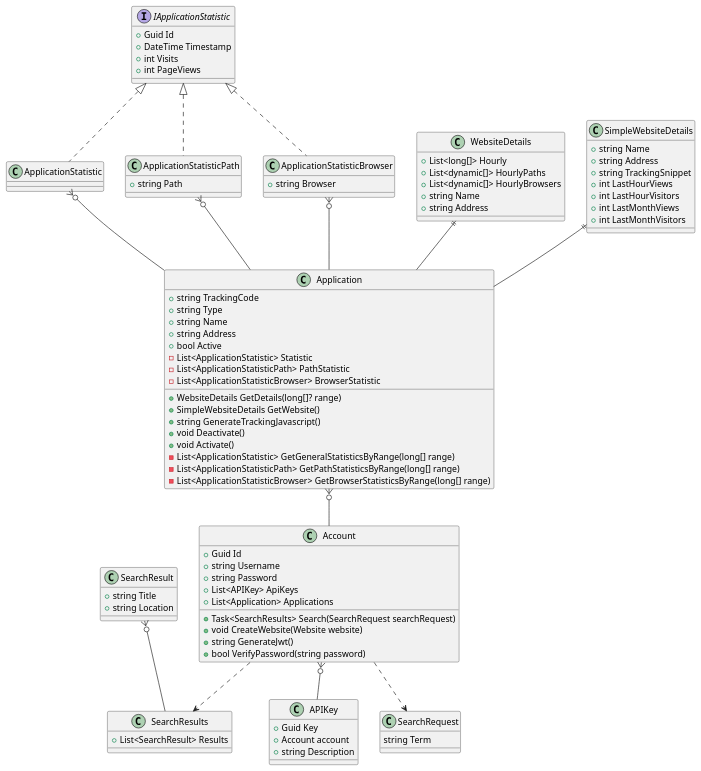
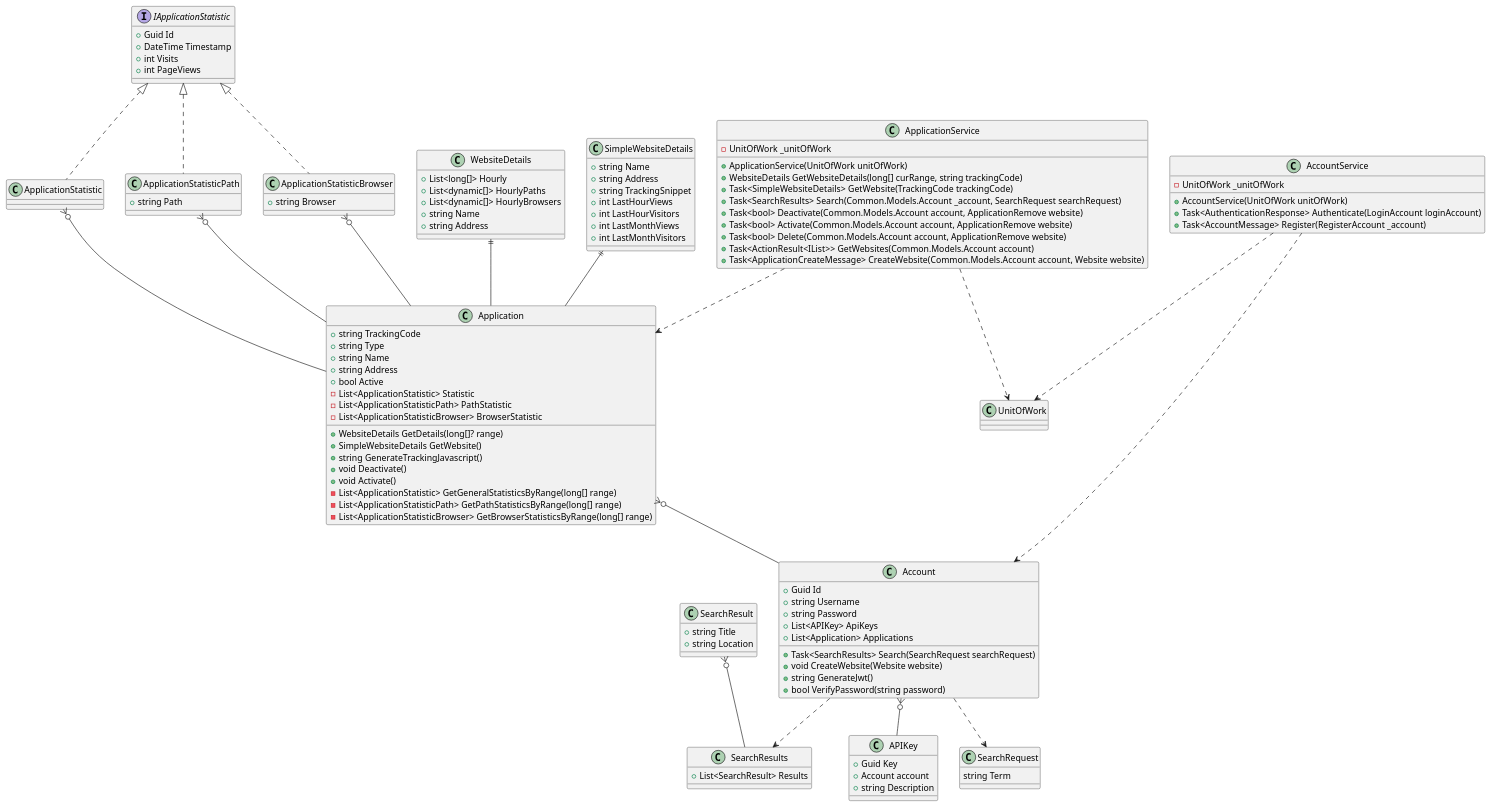
The diagram in glytics.Logic/UML.puml (kanersps/glytics), drawn with PlantUML before and after one commit. The commit also changed 4 other files, not shown here.

```diff
--- a/glytics.Logic/UML.puml
+++ b/glytics.Logic/UML.puml
@@ -1,103 +1,128 @@
 @startuml
 'https://plantuml.com/class-diagram
 
 class Account {
     +Guid Id
     +string Username
     +string Password
     +List<APIKey> ApiKeys
     +List<Application> Applications
     +Task<SearchResults> Search(SearchRequest searchRequest)
     +void CreateWebsite(Website website)
     +string GenerateJwt()
     +bool VerifyPassword(string password)
 }
 
 class APIKey {
     +Guid Key
     +Account account
     +string Description
 }
 
 class SearchResults {
     +List<SearchResult> Results
 }
 
 class SearchResult {
     +string Title
     +string Location
 }
 
 class SearchRequest {
     string Term
 }
 
 class Application {
     +string TrackingCode
     +string Type
     +string Name
     +string Address
     +bool Active
     -List<ApplicationStatistic> Statistic
     -List<ApplicationStatisticPath> PathStatistic
     -List<ApplicationStatisticBrowser> BrowserStatistic
     +WebsiteDetails GetDetails(long[]? range)
     +SimpleWebsiteDetails GetWebsite()
     +string GenerateTrackingJavascript()
     +void Deactivate()
     +void Activate()
     -List<ApplicationStatistic> GetGeneralStatisticsByRange(long[] range)
     -List<ApplicationStatisticPath> GetPathStatisticsByRange(long[] range)
     -List<ApplicationStatisticBrowser> GetBrowserStatisticsByRange(long[] range)
 }
 
 interface IApplicationStatistic {
     +Guid Id
     +DateTime Timestamp
     +int Visits
     +int PageViews
 }
 
 class ApplicationStatistic implements IApplicationStatistic {}
 
 class ApplicationStatisticPath implements IApplicationStatistic {
     +string Path
 }
 
 class ApplicationStatisticBrowser implements IApplicationStatistic {
     +string Browser
 }
 
 class WebsiteDetails {
     +List<long[]> Hourly
     +List<dynamic[]> HourlyPaths
     +List<dynamic[]> HourlyBrowsers
     +string Name
     +string Address
 }
 
 class SimpleWebsiteDetails {
     +string Name
     +string Address
     +string TrackingSnippet
     +int LastHourViews
     +int LastHourVisitors
     +int LastMonthViews
     +int LastMonthVisitors
 }
 
+class AccountService {
+    -UnitOfWork _unitOfWork
+    +AccountService(UnitOfWork unitOfWork)
+    +Task<AuthenticationResponse> Authenticate(LoginAccount loginAccount)
+    +Task<AccountMessage> Register(RegisterAccount _account)
+}
+
+class ApplicationService {
+    -UnitOfWork _unitOfWork
+    +ApplicationService(UnitOfWork unitOfWork)
+    +WebsiteDetails GetWebsiteDetails(long[] curRange, string trackingCode)
+    +Task<SimpleWebsiteDetails> GetWebsite(TrackingCode trackingCode)
+    +Task<SearchResults> Search(Common.Models.Account _account, SearchRequest searchRequest)
+    +Task<bool> Deactivate(Common.Models.Account account, ApplicationRemove website)
+    +Task<bool> Activate(Common.Models.Account account, ApplicationRemove website)
+    +Task<bool> Delete(Common.Models.Account account, ApplicationRemove website)
+    +Task<ActionResult<IList>> GetWebsites(Common.Models.Account account)
+    +Task<ApplicationCreateMessage> CreateWebsite(Common.Models.Account account, Website website)
+}
+
+class UnitOfWork {}
 
 'Relations
 Account }o-- APIKey
 SearchResult }o-- SearchResults
 Application }o-- Account
 ApplicationStatistic }o-- Application
 ApplicationStatisticPath }o-- Application
 ApplicationStatisticBrowser }o-- Application
 WebsiteDetails ||-- Application
 SimpleWebsiteDetails ||-- Application
 
 Account ..> SearchResults
 Account ..> SearchRequest
+ApplicationService ..> UnitOfWork
+AccountService ..> UnitOfWork
+ApplicationService ..> Application
+AccountService ..> Account
 
 @enduml
```
